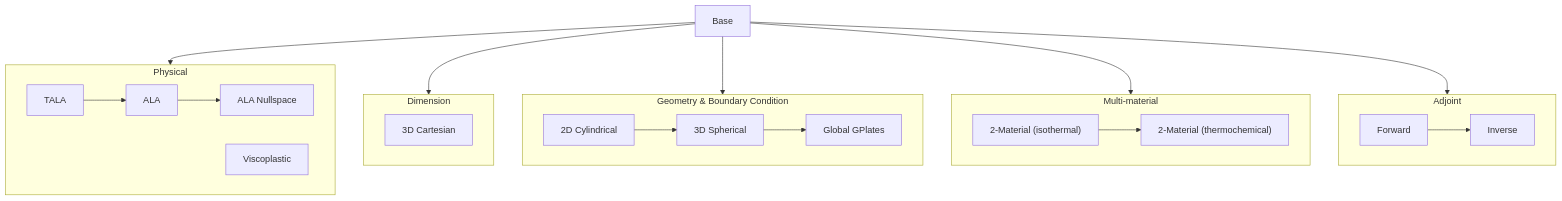
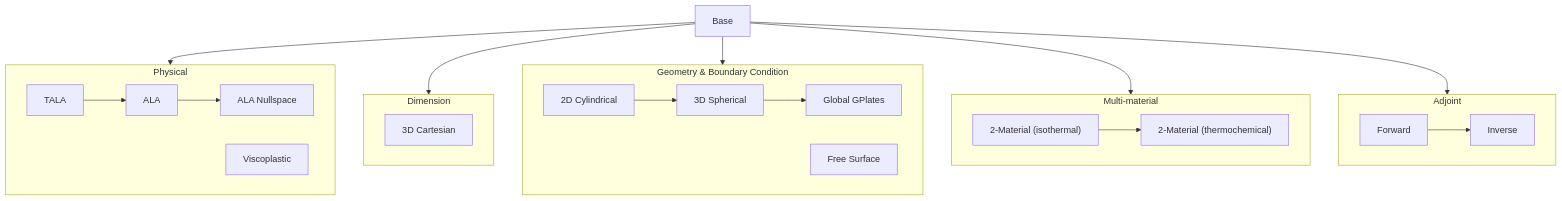
Before and after one commit to g-adopt/g-adopt: the diagram in demos/.diagram.mermaid, drawn with Mermaid. The commit also changed 10 other files, not shown here.

Commit message:
Add more free surface changes from master

```diff
--- a/demos/.diagram.mermaid
+++ b/demos/.diagram.mermaid
@@ -1,43 +1,45 @@
 graph TD
   base[Base]
 
   subgraph physical[Physical]
   tala[TALA] --> ala[ALA] --> visualise_ala[ALA Nullspace]
   viscoplastic[Viscoplastic]
   end
 
   subgraph dimension[Dimension]
   cartesian_3d[3D Cartesian]
   end
 
   subgraph geometry["Geometry & Boundary Condition"]
   cylindrical_2d[2D Cylindrical] --> spherical_3d[3D Spherical] --> gplates_global["Global GPlates"]
+  free_surface[Free Surface]
   end
 
   subgraph multimaterial[Multi-material]
   isothermal["2-Material (isothermal)"] --> thermochemical["2-Material (thermochemical)"]
   end
 
   subgraph adjoint[Adjoint]
   adjoint_forward[Forward] --> inverse[Inverse]
   end
 
   base --> physical
   base --> dimension
   base --> geometry
   base --> multimaterial
   base --> adjoint
 
   click base "base_case"
   click tala "2d_compressible_TALA"
   click ala "2d_compressible_ALA"
   click visualise_ala "visualise_ALA_p_nullspace"
   click viscoplastic "viscoplastic_case"
   click cartesian_3d "3d_cartesian"
   click cylindrical_2d "2d_cylindrical"
   click spherical_3d "3d_spherical"
   click isothermal "compositional_buoyancy"
   click thermochemical "thermochemical_buoyancy"
   click gplates_global "gplates_global"
   click adjoint_forward "adjoint_forward"
   click inverse "adjoint"
+  click free_surface "free_surface"
```
